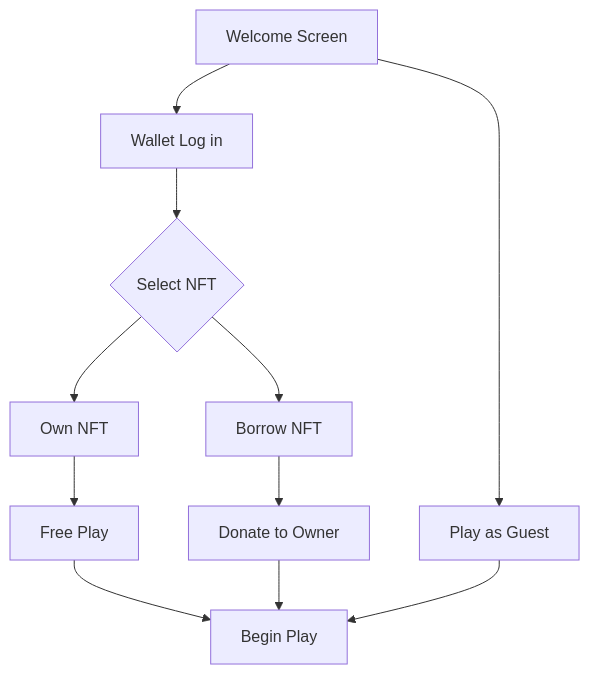
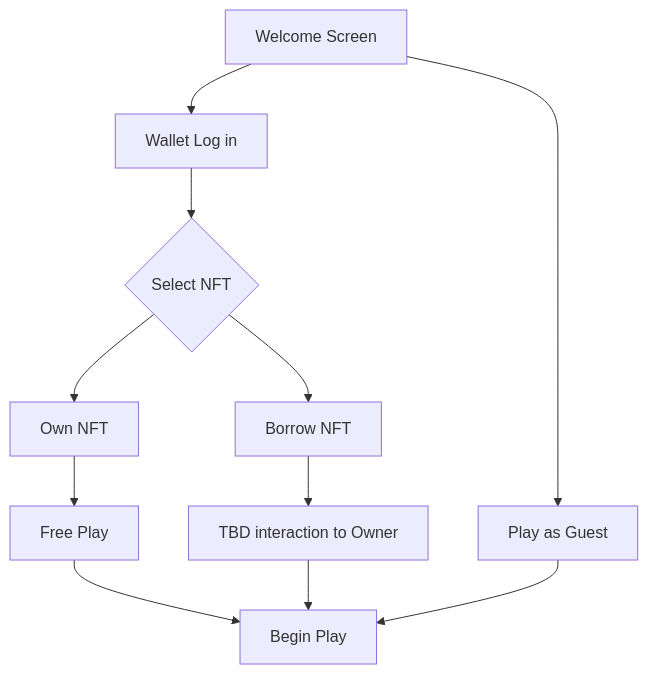
The second of 4 diagrams in README.md (OnChainSurvivor/OnChainSurvivor), drawn with Mermaid before and after one commit.

````diff
--- a/README.md
+++ b/README.md
@@ -121,13 +121,13 @@
   ```mermaid
   graph TD
 A[Welcome Screen] --> B[Wallet Log in]
 A --> C[Play as Guest]
 B --> D{Select NFT}
 D --> E[Own NFT]
 D --> F[Borrow NFT]
 E --> G[Free Play]
-F --> H[Donate to Owner]
+F --> H[TBD interaction to Owner]
 G --> I[Begin Play]
 H --> I
 C --> I
 ```
````
